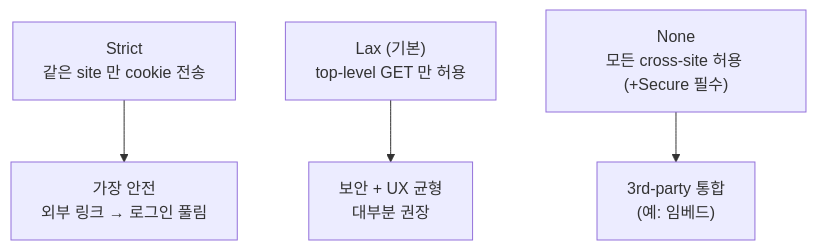
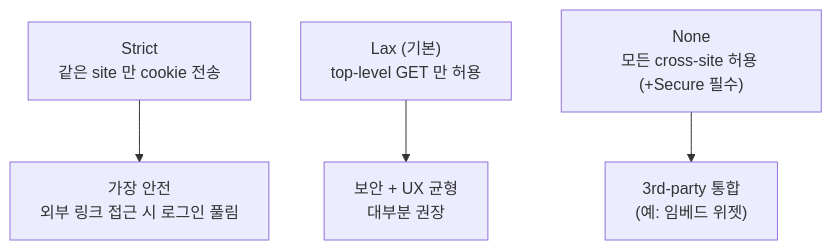
The second of 5 diagrams in src/content/wiki/auth-security/session-cookie.mdx (shinkeonkim/shinkeonkim.github.io), drawn with Mermaid before and after one commit. The commit also changed other lines of this file and 526 other files, not shown here.

First line of the commit message:
content(wiki): 전수조사 및 대규모 보강 (짧은 파일 0, mermaid +645)

````diff
--- a/src/content/wiki/auth-security/session-cookie.mdx
+++ b/src/content/wiki/auth-security/session-cookie.mdx
@@ -42,9 +68,9 @@
 ```mermaid
 flowchart TB
     Strict["Strict<br/>같은 site 만 cookie 전송"]
     Lax["Lax (기본)<br/>top-level GET 만 허용"]
     None["None<br/>모든 cross-site 허용 (+Secure 필수)"]
-    Strict --> S1["가장 안전<br/>외부 링크 → 로그인 풀림"]
+    Strict --> S1["가장 안전<br/>외부 링크 접근 시 로그인 풀림"]
     Lax --> L1["보안 + UX 균형<br/>대부분 권장"]
-    None --> N1["3rd-party 통합<br/>(예: 임베드)"]
+    None --> N1["3rd-party 통합<br/>(예: 임베드 위젯)"]
 ```
````
